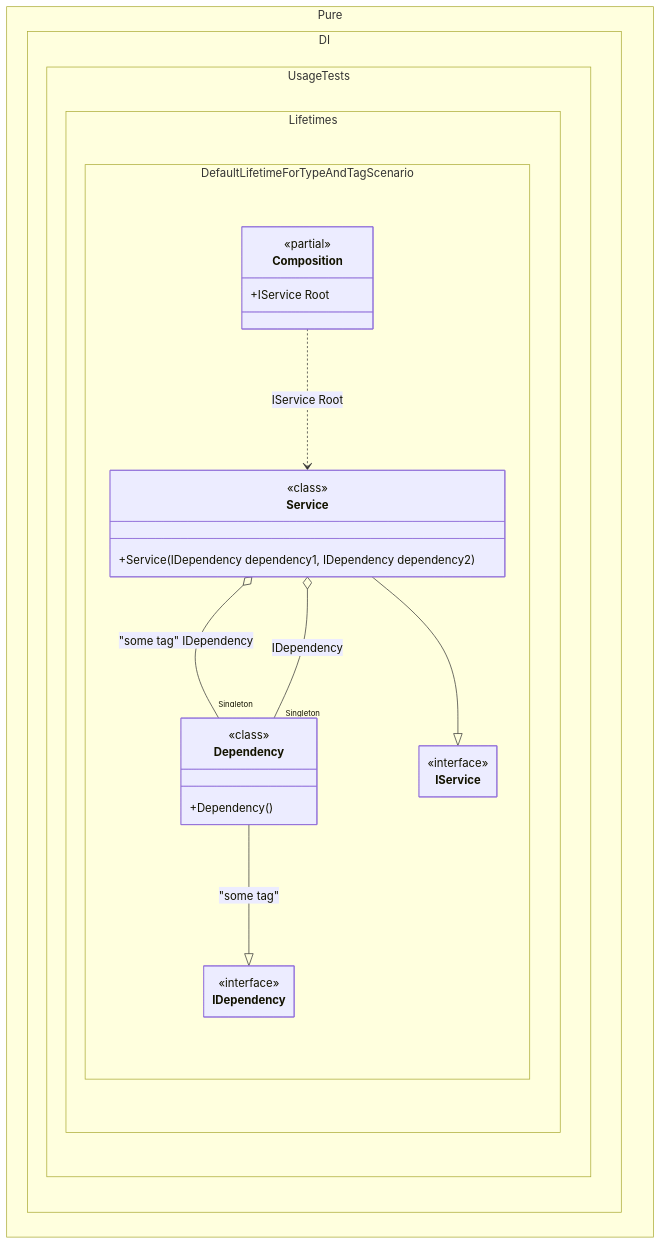
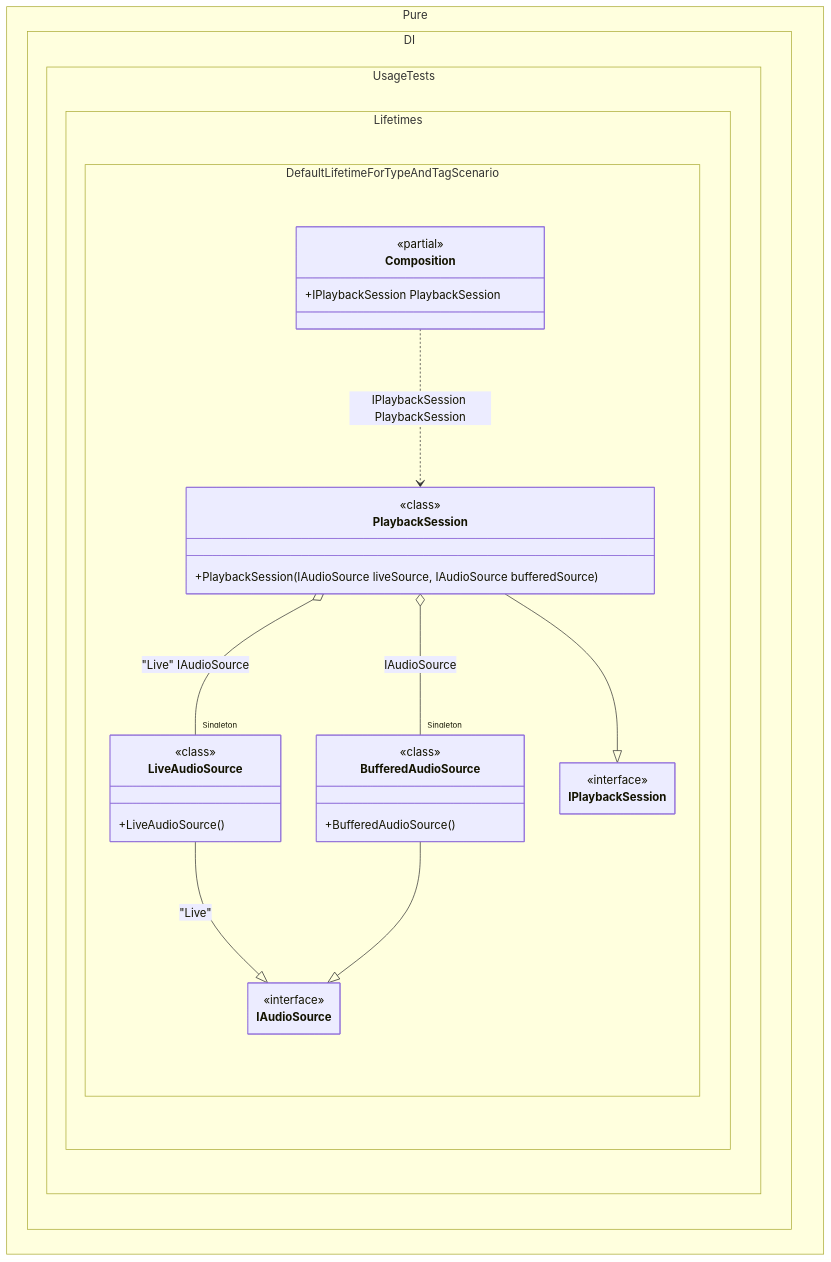
One commit to DevTeam/Pure.DI changed the diagram in readme/default-lifetime-for-a-type-and-a-tag.md. Above: the diagram before and after it, drawn with Mermaid. The commit also changed other lines of this file and 126 other files, not shown here.

````diff
--- a/readme/default-lifetime-for-a-type-and-a-tag.md
+++ b/readme/default-lifetime-for-a-type-and-a-tag.md
@@ -134,35 +164,40 @@
 ```mermaid
 ---
  config:
   maxTextSize: 2147483647
   maxEdges: 2147483647
   class:
    hideEmptyMembersBox: true
 ---
 classDiagram
-	Dependency --|> IDependency : "some tag" 
-	Service --|> IService
-	Composition ..> Service : IService Root
-	Service o-- "Singleton" Dependency : "some tag"  IDependency
-	Service o-- "Singleton" Dependency : IDependency
+	LiveAudioSource --|> IAudioSource : "Live" 
+	BufferedAudioSource --|> IAudioSource
+	PlaybackSession --|> IPlaybackSession
+	Composition ..> PlaybackSession : IPlaybackSession PlaybackSession
+	PlaybackSession o-- "Singleton" LiveAudioSource : "Live"  IAudioSource
+	PlaybackSession o-- "Singleton" BufferedAudioSource : IAudioSource
 	namespace Pure.DI.UsageTests.Lifetimes.DefaultLifetimeForTypeAndTagScenario {
+		class BufferedAudioSource {
+				<<class>>
+			+BufferedAudioSource()
+		}
 		class Composition {
 		<<partial>>
-		+IService Root
+		+IPlaybackSession PlaybackSession
 		}
-		class Dependency {
-				<<class>>
-			+Dependency()
-		}
-		class IDependency {
+		class IAudioSource {
 			<<interface>>
 		}
-		class IService {
+		class IPlaybackSession {
 			<<interface>>
 		}
-		class Service {
+		class LiveAudioSource {
 				<<class>>
-			+Service(IDependency dependency1, IDependency dependency2)
+			+LiveAudioSource()
+		}
+		class PlaybackSession {
+				<<class>>
+			+PlaybackSession(IAudioSource liveSource, IAudioSource bufferedSource)
 		}
 	}
 ```
````
